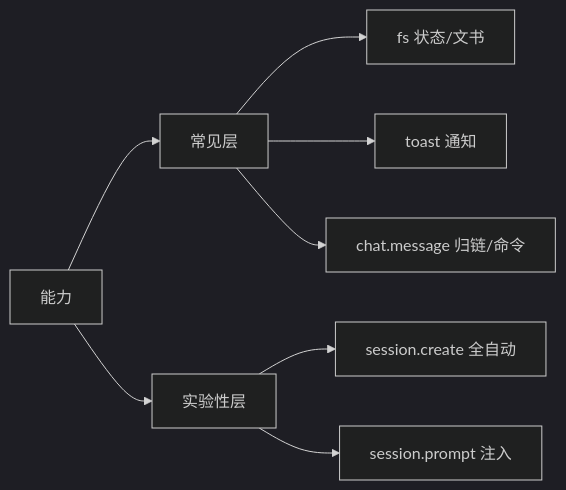
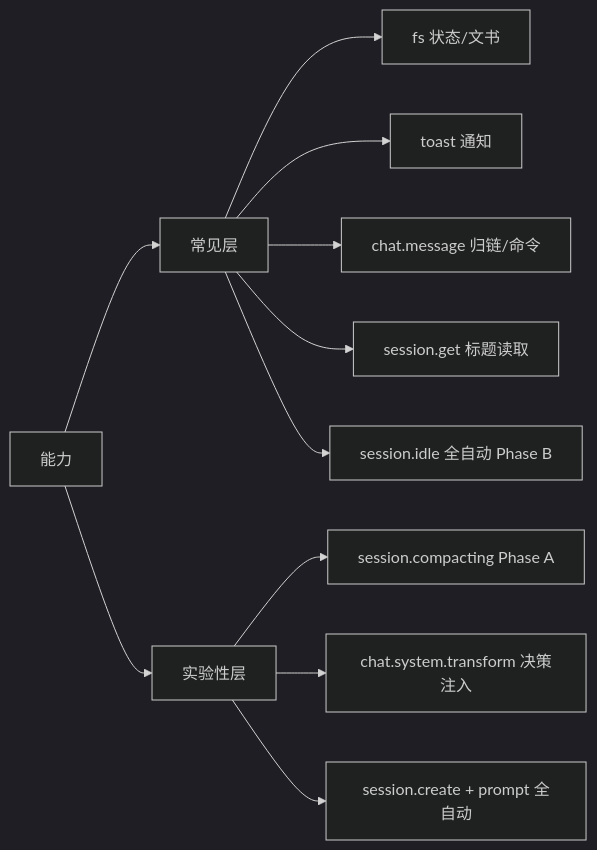
One commit to Qiu-Kejian/opencode-session-relay changed the diagram in docs/capabilities.md. Above: the diagram before and after it, drawn with Mermaid (dark theme). The commit also changed other lines of this file and 10 other files, not shown here.

````diff
--- a/docs/capabilities.md
+++ b/docs/capabilities.md
@@ -58,10 +63,13 @@
 ```mermaid
 flowchart LR
     A[能力] --> B[常见层]
     A --> C[实验性层]
     B --> D[fs 状态/文书]
     B --> E[toast 通知]
     B --> F[chat.message 归链/命令]
-    C --> G[session.create 全自动]
-    C --> H[session.prompt 注入]
+    B --> G[session.get 标题读取]
+    B --> H[session.idle 全自动 Phase B]
+    C --> I[session.compacting Phase A]
+    C --> J[chat.system.transform 决策注入]
+    C --> K[session.create + prompt 全自动]
 ```
````
